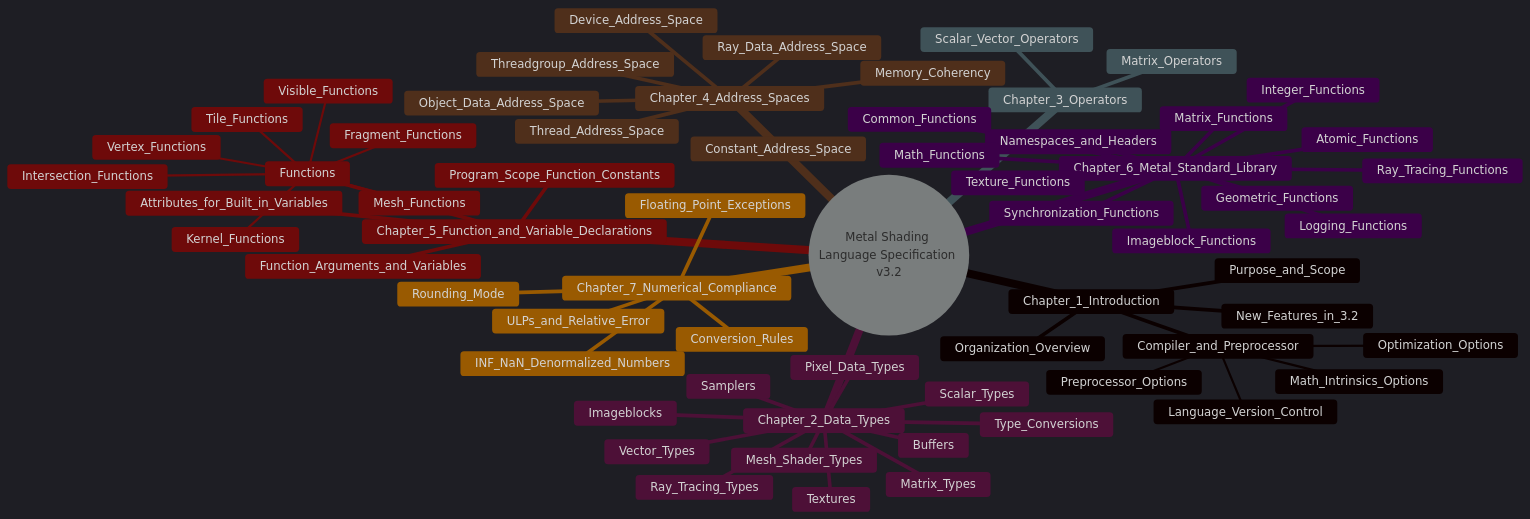
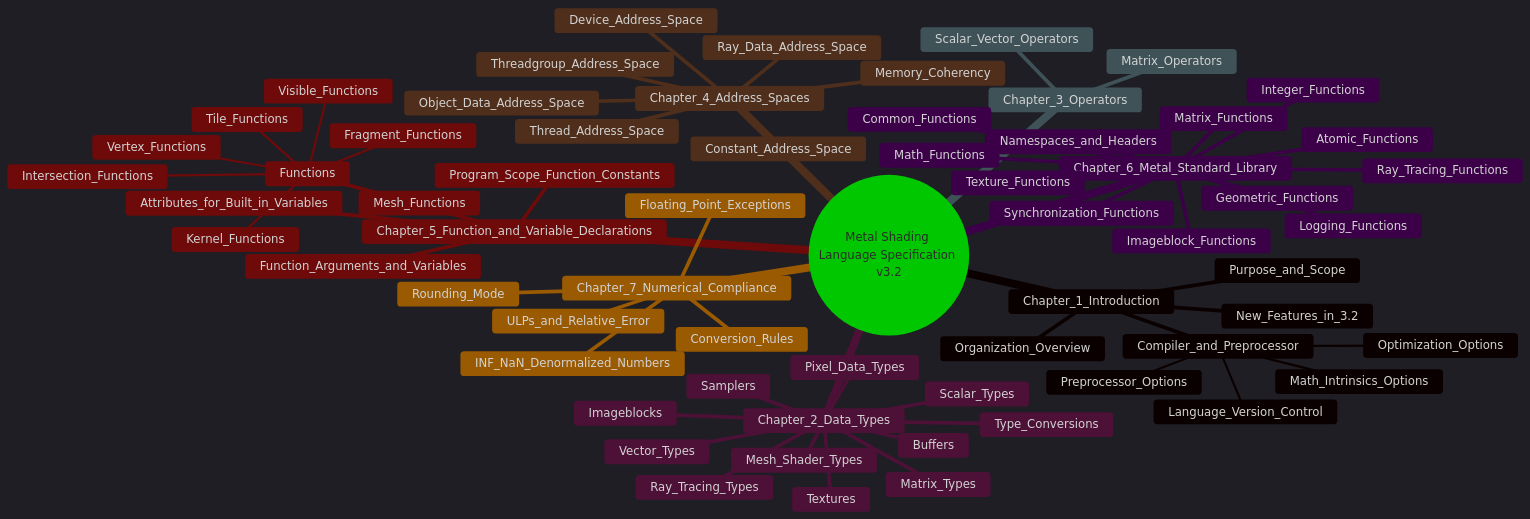
Before and after one commit to CongLeSolutionX/iOS-development-vault: the first of 6 diagrams in Metal-Shading-Language-Specification-V3-2/Metal_Shading_Language_Specification_V3-2.md, drawn with Mermaid. The commit also changed other lines of this file, not shown here.

````diff
--- a/Metal-Shading-Language-Specification-V3-2/Metal_Shading_Language_Specification_V3-2.md
+++ b/Metal-Shading-Language-Specification-V3-2/Metal_Shading_Language_Specification_V3-2.md
@@ -33,8 +33,24 @@
 ```mermaid
 ---
+title: "Document Organization"
 config:
   theme: dark
 ---
+%%%%%%%% Mermaid version v11.4.1-b.14
+%%{
+  init: {
+    "mindmap": { "htmlLabels": false },
+    'fontFamily': 'Fantasy',
+    'themeVariables': {
+      'primaryColor': '#BB2528',
+      'primaryTextColor': '#f529',
+      'primaryBorderColor': '#7C0000',
+      'lineColor': '#F8B229',
+      'secondaryColor': '#006100',
+      'tertiaryColor': '#fcc326'
+    }
+  }
+}%%
 mindmap
   root((Metal Shading Language Specification v3.2))
     Chapter_1_Introduction
````
